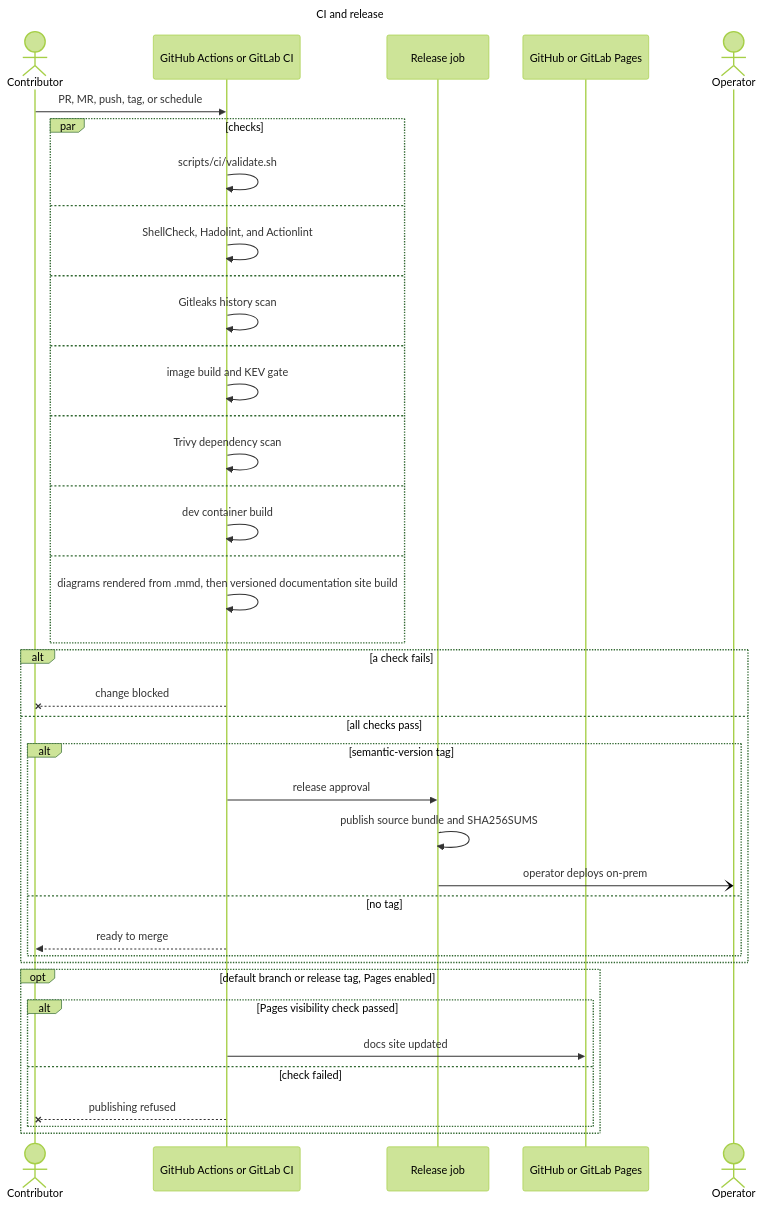
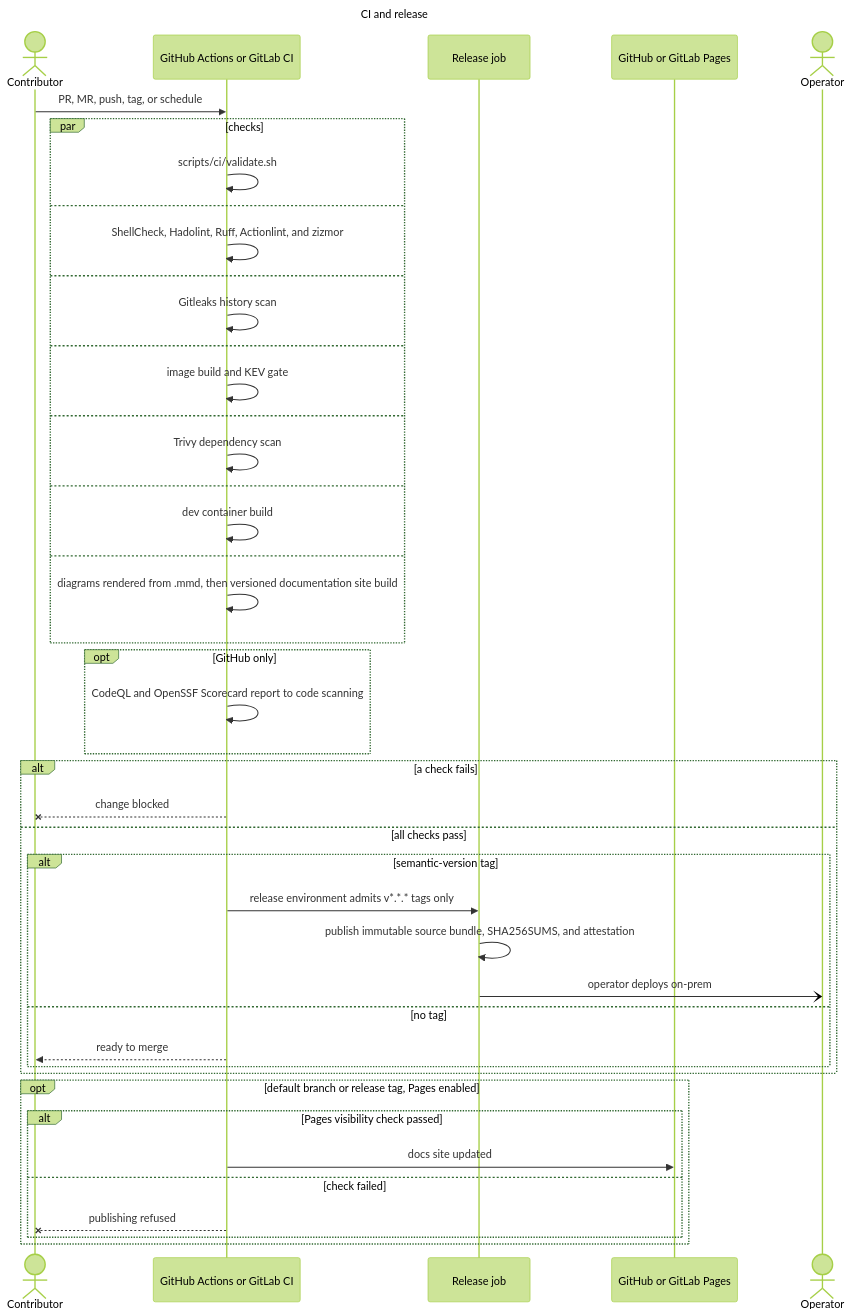
The diagram in diagrams/20-ci-release-flow.mmd (bella-1337/effective-spoon), drawn with Mermaid (forest theme) before and after one commit. The commit also changed 23 other files, not shown here.

```diff
--- a/diagrams/20-ci-release-flow.mmd
+++ b/diagrams/20-ci-release-flow.mmd
@@ -1,50 +1,53 @@
 ---
 title: CI and release
 ---
 sequenceDiagram
   %% Source for 20-ci-release-flow.html. Edit this file, then run ./scripts/render-diagrams.py.
   %% Directives: docs in diagrams/README.md (Updating diagrams).
-  %% @subtitle Identical GitHub Actions and GitLab CI pipelines, the documentation site, and where a human still deploys
+  %% @subtitle Identical GitHub Actions and GitLab CI pipelines, GitHub code scanning, the documentation site, and where a human still deploys
   %% @type cloud: CI
   %% @type security: REL
   %% @type external: PAGES
   actor DEV as Contributor
   participant CI as GitHub Actions or GitLab CI
   participant REL as Release job
   participant PAGES as GitHub or GitLab Pages
   actor OP as Operator
 
   DEV->>CI: PR, MR, push, tag, or schedule
   par checks
     CI->>CI: scripts/ci/validate.sh
   and
-    CI->>CI: ShellCheck, Hadolint, and Actionlint
+    CI->>CI: ShellCheck, Hadolint, Ruff, Actionlint, and zizmor
   and
     CI->>CI: Gitleaks history scan
   and
     CI->>CI: image build and KEV gate
   and
     CI->>CI: Trivy dependency scan
   and
     CI->>CI: dev container build
   and
     CI->>CI: diagrams rendered from .mmd, then versioned documentation site build
   end
+  opt GitHub only
+    CI->>CI: CodeQL and OpenSSF Scorecard report to code scanning
+  end
   alt a check fails
     CI--xDEV: change blocked
   else all checks pass
     alt semantic-version tag
-      CI->>REL: release approval
-      REL->>REL: publish source bundle and SHA256SUMS
+      CI->>REL: release environment admits v*.*.* tags only
+      REL->>REL: publish immutable source bundle, SHA256SUMS, and attestation
       REL-)OP: operator deploys on-prem
     else no tag
       CI-->>DEV: ready to merge
     end
   end
   opt default branch or release tag, Pages enabled
     alt Pages visibility check passed
       CI->>PAGES: docs site updated
     else check failed
       CI--xDEV: publishing refused
     end
   end
```
